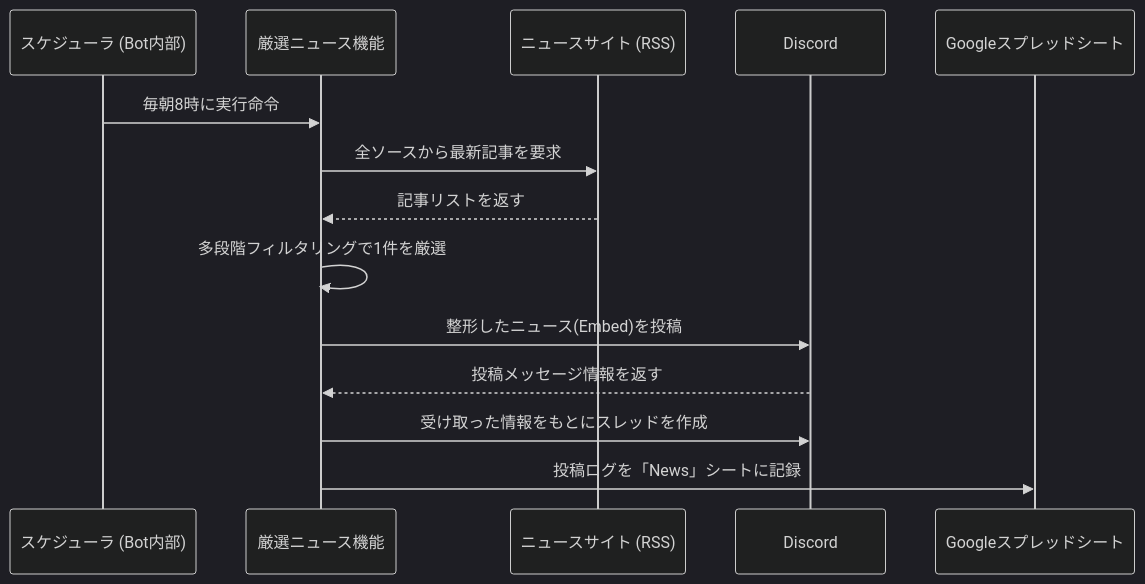
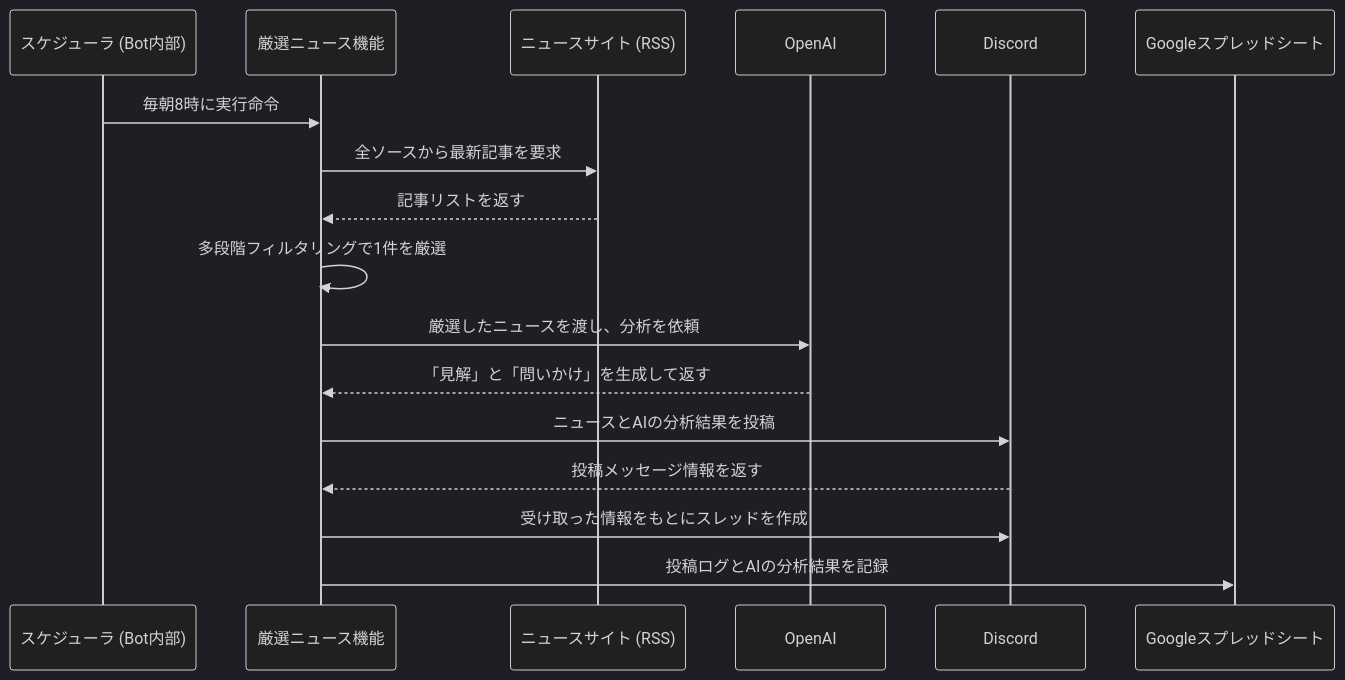
Before and after one commit to Metagri-Bot/daily-news-bot: the first of 2 diagrams in README.md, drawn with Mermaid (dark theme). The commit also changed other lines of this file, not shown here.

````diff
--- a/README.md
+++ b/README.md
@@ -37,17 +36,20 @@
 ```mermaid
 sequenceDiagram
     participant Scheduler as スケジューラ (Bot内部)
     participant DailyNewsTask as 厳選ニュース機能
     participant NewsSites as ニュースサイト (RSS)
+    participant OpenAI
     participant Discord
     participant GoogleSheets as Googleスプレッドシート
 
     Scheduler->>DailyNewsTask: 毎朝8時に実行命令
     DailyNewsTask->>NewsSites: 全ソースから最新記事を要求
     NewsSites-->>DailyNewsTask: 記事リストを返す
     DailyNewsTask->>DailyNewsTask: 多段階フィルタリングで1件を厳選
-    DailyNewsTask->>Discord: 整形したニュース(Embed)を投稿
+    DailyNewsTask->>OpenAI: 厳選したニュースを渡し、分析を依頼
+    OpenAI-->>DailyNewsTask: 「見解」と「問いかけ」を生成して返す
+    DailyNewsTask->>Discord: ニュースとAIの分析結果を投稿
     Discord-->>DailyNewsTask: 投稿メッセージ情報を返す
     DailyNewsTask->>Discord: 受け取った情報をもとにスレッドを作成
-    DailyNewsTask->>GoogleSheets: 投稿ログを「News」シートに記録
+    DailyNewsTask->>GoogleSheets: 投稿ログとAIの分析結果を記録
 ```
````
